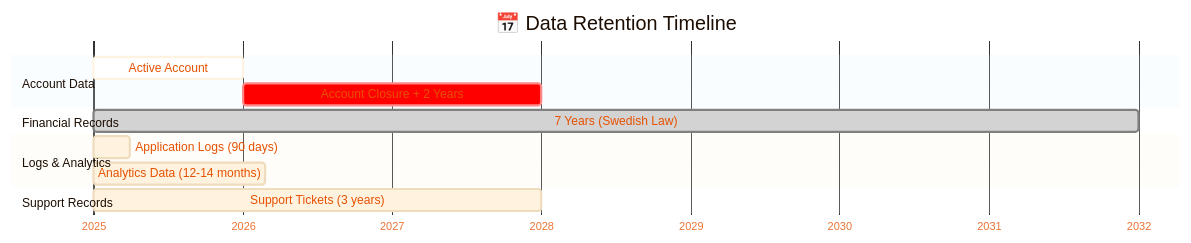
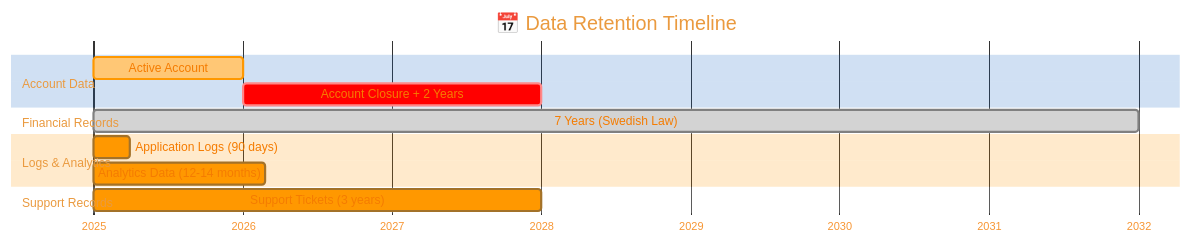
Before and after one commit to Hack23/ISMS-PUBLIC: the fourth of 6 diagrams in Privacy_Policy.md, drawn with Mermaid. The commit also changed other lines of this file and 35 other files, not shown here.

````diff
--- a/Privacy_Policy.md
+++ b/Privacy_Policy.md
@@ -391,32 +391,32 @@
 ```mermaid
 %%{
   init: {
     'theme': 'base',
     'themeVariables': {
-      'primaryColor': '#fff3e0',
-      'primaryTextColor': '#e65100',
-      'lineColor': '#ff9800',
-      'secondaryColor': '#e8f5e9',
-      'tertiaryColor': '#e3f2fd'
+      'primaryColor': '#FF9800',
+      'primaryTextColor': '#F57C00',
+      'lineColor': '#FF9800',
+      'secondaryColor': '#4CAF50',
+      'tertiaryColor': '#1565C0'
     }
   }
 }%%
 gantt
     title 📅 Data Retention Timeline
     dateFormat YYYY-MM-DD
     axisFormat %Y
     
     section Account Data
     Active Account                 :active, account, 2025-01-01, 365d
     Account Closure + 2 Years      :crit, closure, after account, 730d
     
     section Financial Records
     7 Years (Swedish Law)          :done, financial, 2025-01-01, 2557d
     
     section Logs & Analytics
     Application Logs (90 days)     :logs, 2025-01-01, 90d
     Analytics Data (12-14 months)  :analytics, 2025-01-01, 420d
     
     section Support Records
     Support Tickets (3 years)      :support, 2025-01-01, 1095d
 ```
````
